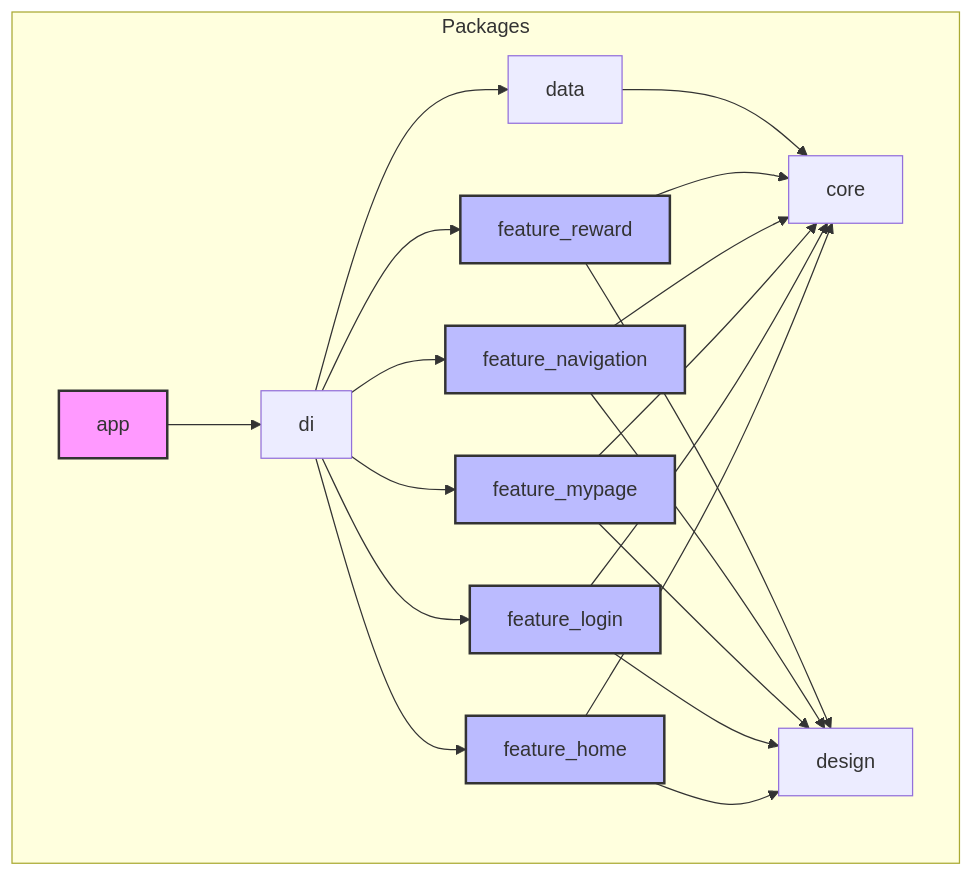
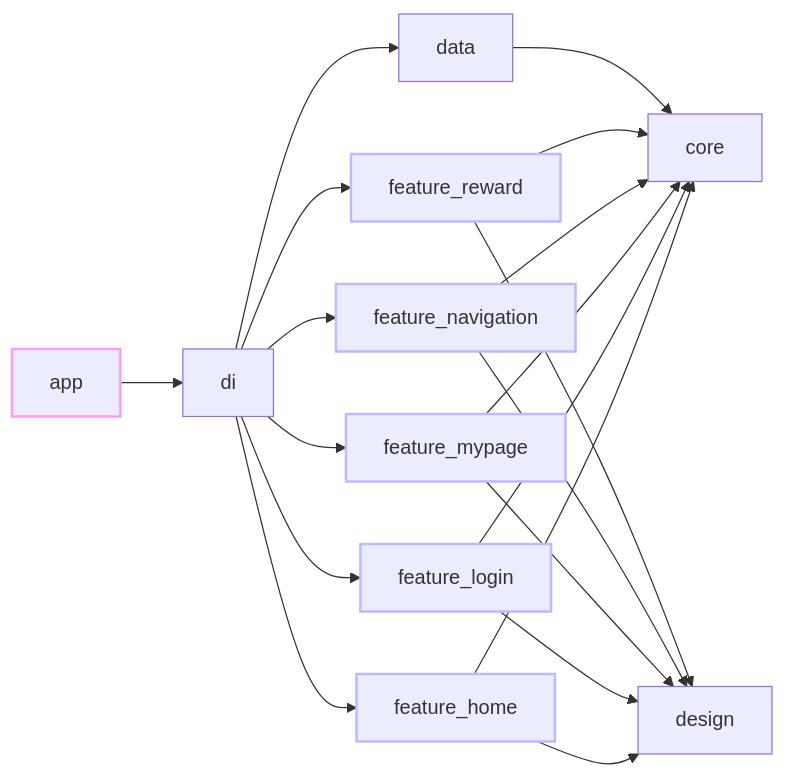
The diagram in README.md (WHERE2GOES/App), drawn with Mermaid before and after one commit.

````diff
--- a/README.md
+++ b/README.md
@@ -5,37 +5,35 @@
 ```mermaid
-graph TD;
-    subgraph Packages
-        app --> di;
+graph LR;
+    app --> di;
 
-        di --> feature_home;
-        di --> feature_login;
-        di --> feature_mypage;
-        di --> feature_navigation;
-        di --> feature_reward;
-        di --> data;
+    di --> feature_home;
+    di --> feature_login;
+    di --> feature_mypage;
+    di --> feature_navigation;
+    di --> feature_reward;
+    di --> data;
 
-        feature_home --> core;
-        feature_home --> design;
+    feature_home --> core;
+    feature_home --> design;
 
-        feature_login --> core;
-        feature_login --> design;
+    feature_login --> core;
+    feature_login --> design;
 
-        feature_mypage --> core;
-        feature_mypage --> design;
+    feature_mypage --> core;
+    feature_mypage --> design;
 
-        feature_navigation --> core;
-        feature_navigation --> design;
+    feature_navigation --> core;
+    feature_navigation --> design;
 
-        feature_reward --> core;
-        feature_reward --> design;
+    feature_reward --> core;
+    feature_reward --> design;
 
-        data --> core;
-    end
+    data --> core;
 
-    style app fill:#f9f,stroke:#333,stroke-width:2px
-    style feature_home fill:#bbf,stroke:#333,stroke-width:2px
-    style feature_login fill:#bbf,stroke:#333,stroke-width:2px
-    style feature_mypage fill:#bbf,stroke:#333,stroke-width:2px
-    style feature_navigation fill:#bbf,stroke:#333,stroke-width:2px
-    style feature_reward fill:#bbf,stroke:#333,stroke-width:2px
+    style app stroke:#f9f,stroke-width:2px
+    style feature_home stroke:#bbf,stroke-width:2px
+    style feature_login stroke:#bbf,stroke-width:2px
+    style feature_mypage stroke:#bbf,stroke-width:2px
+    style feature_navigation stroke:#bbf,stroke-width:2px
+    style feature_reward stroke:#bbf,stroke-width:2px
 ```
````
